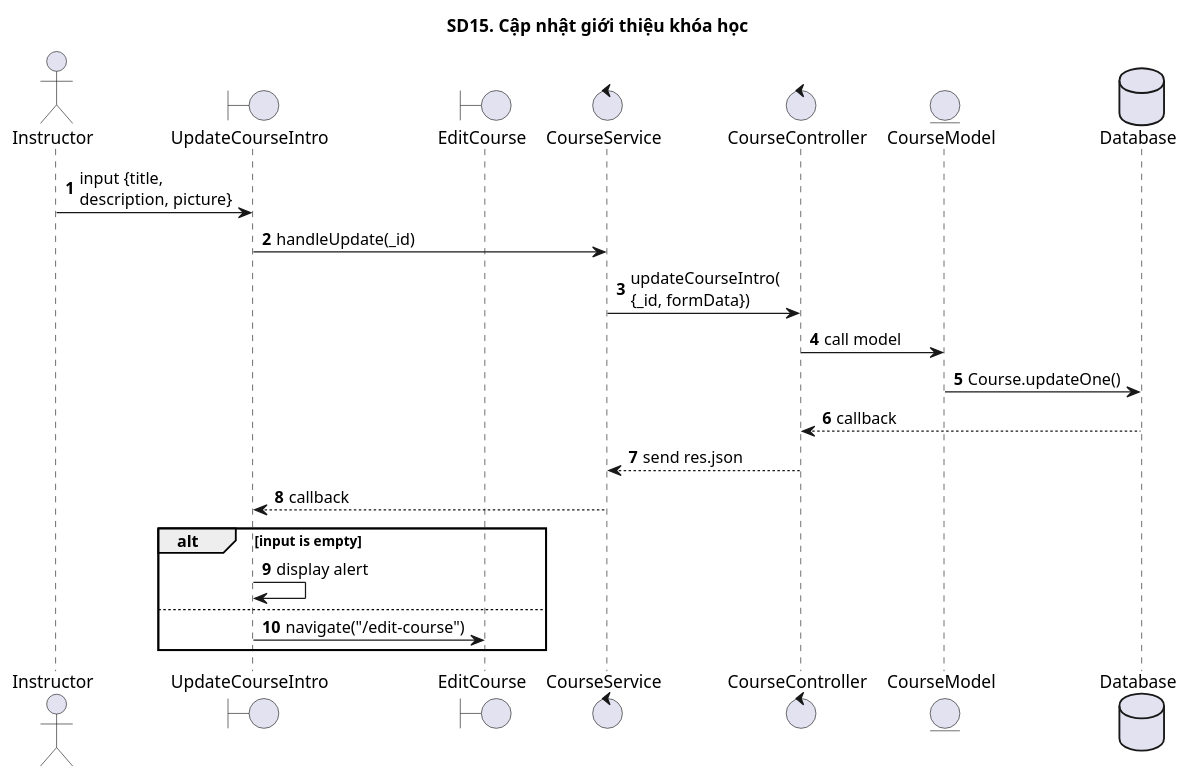
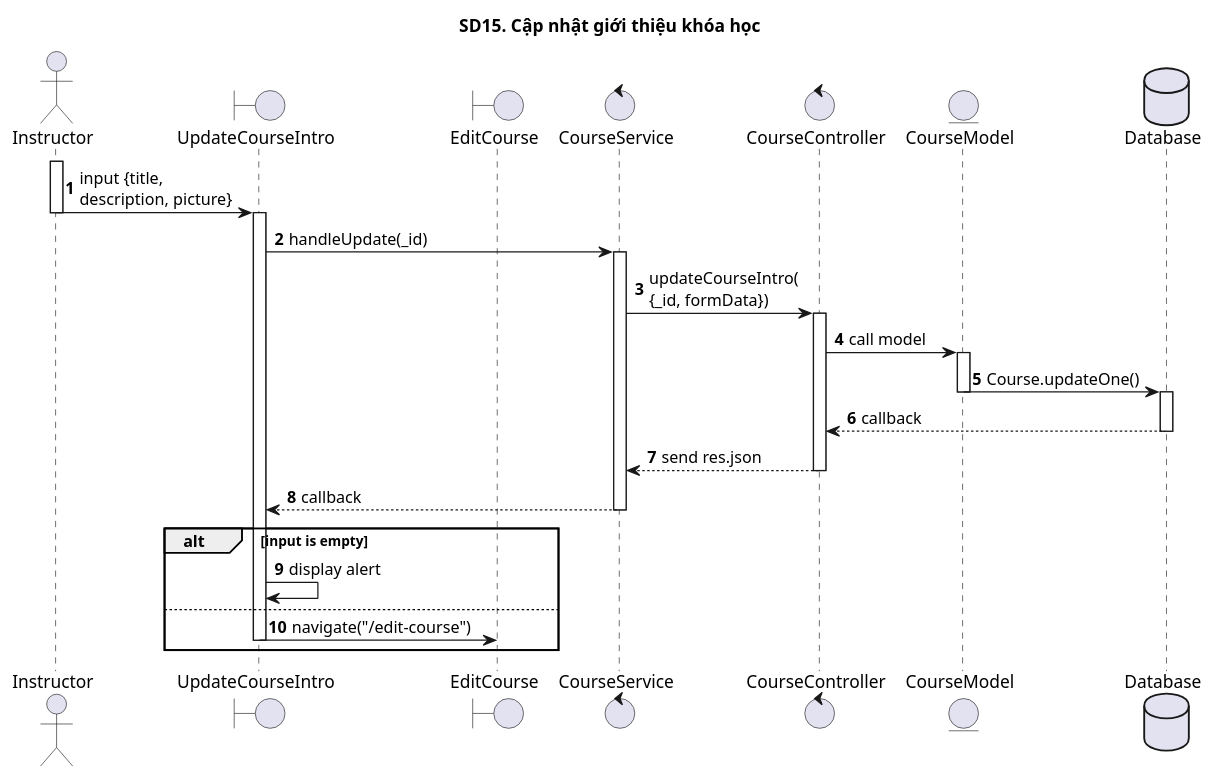
One commit to The-Cookies-Team/UML-Diagrams changed the diagram in SequenceDiagrams/CNPMHDT/New/sd15.puml. Above: the diagram before and after it, drawn with PlantUML. The commit also changed 12 other files, not shown here.

```diff
--- a/SequenceDiagrams/CNPMHDT/New/sd15.puml
+++ b/SequenceDiagrams/CNPMHDT/New/sd15.puml
@@ -1,28 +1,39 @@
 @startuml SQ
 
 autonumber
 
 title SD15. Cập nhật giới thiệu khóa học
 
 actor "Instructor"
 boundary "UpdateCourseIntro"
 boundary "EditCourse"
 control "CourseService"
 control "CourseController"
 entity "CourseModel"
 database "Database" as Database
-
+activate Instructor
 Instructor -> UpdateCourseIntro: input {title,\ndescription, picture}
+deactivate Instructor
+activate UpdateCourseIntro
 UpdateCourseIntro -> CourseService: handleUpdate(_id)
+activate CourseService
 CourseService -> CourseController: updateCourseIntro(\n{_id, formData})
+activate CourseController
 CourseController -> CourseModel: call model
+activate CourseModel
 CourseModel -> Database: Course.updateOne()
+deactivate CourseModel
+activate Database
 Database --> CourseController: callback
+deactivate Database
 CourseController --> CourseService: send res.json
+deactivate CourseController
 CourseService --> UpdateCourseIntro: callback
+deactivate CourseService
 alt input is empty
 UpdateCourseIntro -> UpdateCourseIntro: display alert
 else
 UpdateCourseIntro -> EditCourse: navigate("/edit-course")
+deactivate UpdateCourseIntro
 end
 @enduml
```
